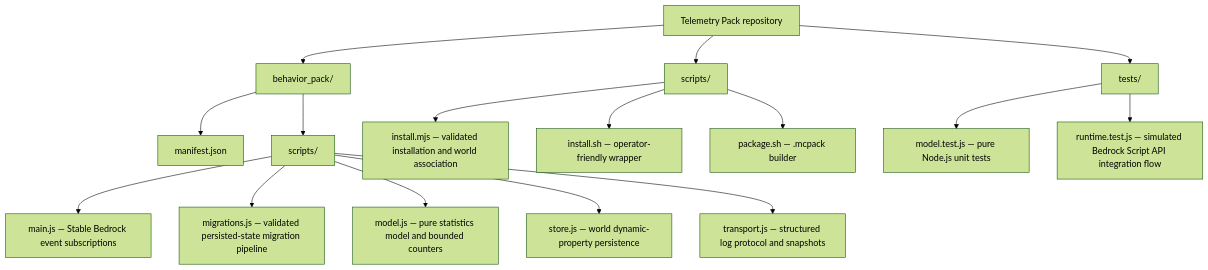
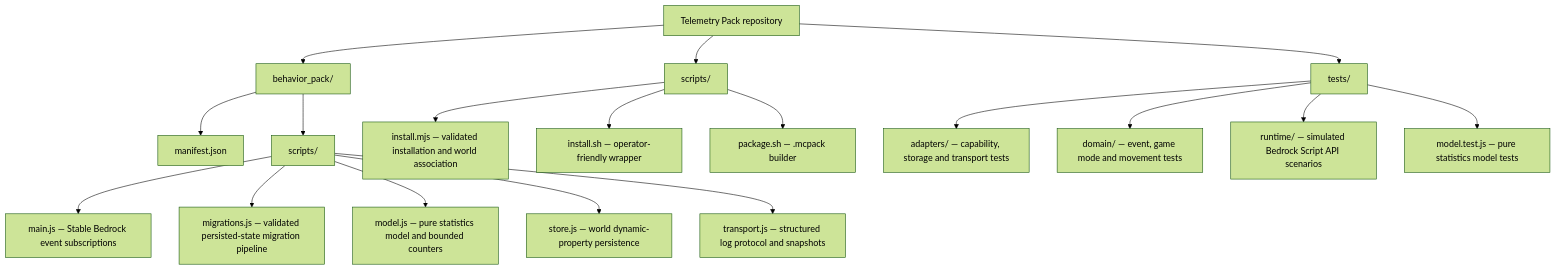
One commit to dgaramos/craftcontrol changed the second of 2 diagrams in packs/telemetry/README.md. Above: the diagram before and after it, drawn with Mermaid (forest theme). The commit also changed other lines of this file and 21 other files, not shown here.

````diff
--- a/packs/telemetry/README.md
+++ b/packs/telemetry/README.md
@@ -54,18 +54,20 @@
 ```mermaid
 flowchart TD
     repo["Telemetry Pack repository"] --> pack["behavior_pack/"]
     pack --> manifest["manifest.json"]
     pack --> packScripts["scripts/"]
     packScripts --> main["main.js — Stable Bedrock event subscriptions"]
     packScripts --> migrations["migrations.js — validated persisted-state migration pipeline"]
     packScripts --> model["model.js — pure statistics model and bounded counters"]
     packScripts --> store["store.js — world dynamic-property persistence"]
     packScripts --> transport["transport.js — structured log protocol and snapshots"]
     repo --> scripts["scripts/"]
     scripts --> installMjs["install.mjs — validated installation and world association"]
     scripts --> installSh["install.sh — operator-friendly wrapper"]
     scripts --> packageSh["package.sh — .mcpack builder"]
     repo --> tests["tests/"]
-    tests --> modelTest["model.test.js — pure Node.js unit tests"]
-    tests --> runtimeTest["runtime.test.js — simulated Bedrock Script API integration flow"]
+    tests --> adaptersTests["adapters/ — capability, storage and transport tests"]
+    tests --> domainTests["domain/ — event, game mode and movement tests"]
+    tests --> runtimeTests["runtime/ — simulated Bedrock Script API scenarios"]
+    tests --> modelTest["model.test.js — pure statistics model tests"]
 ```
````
